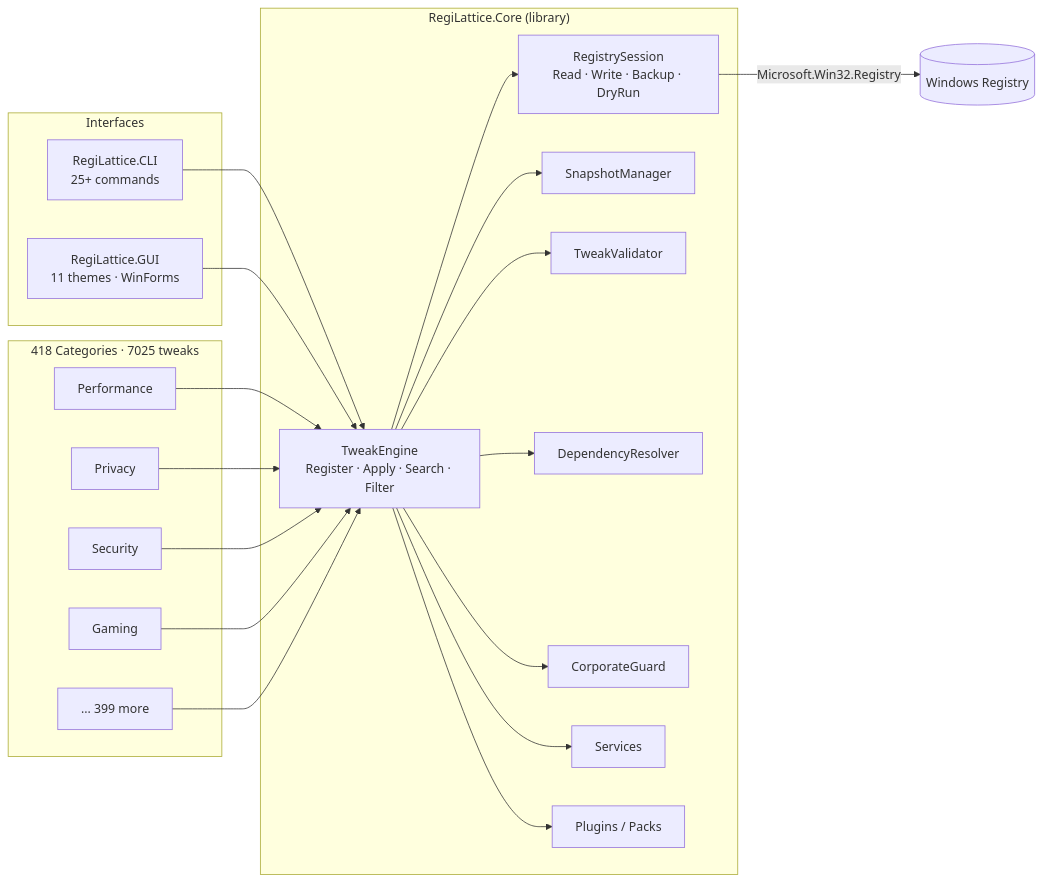
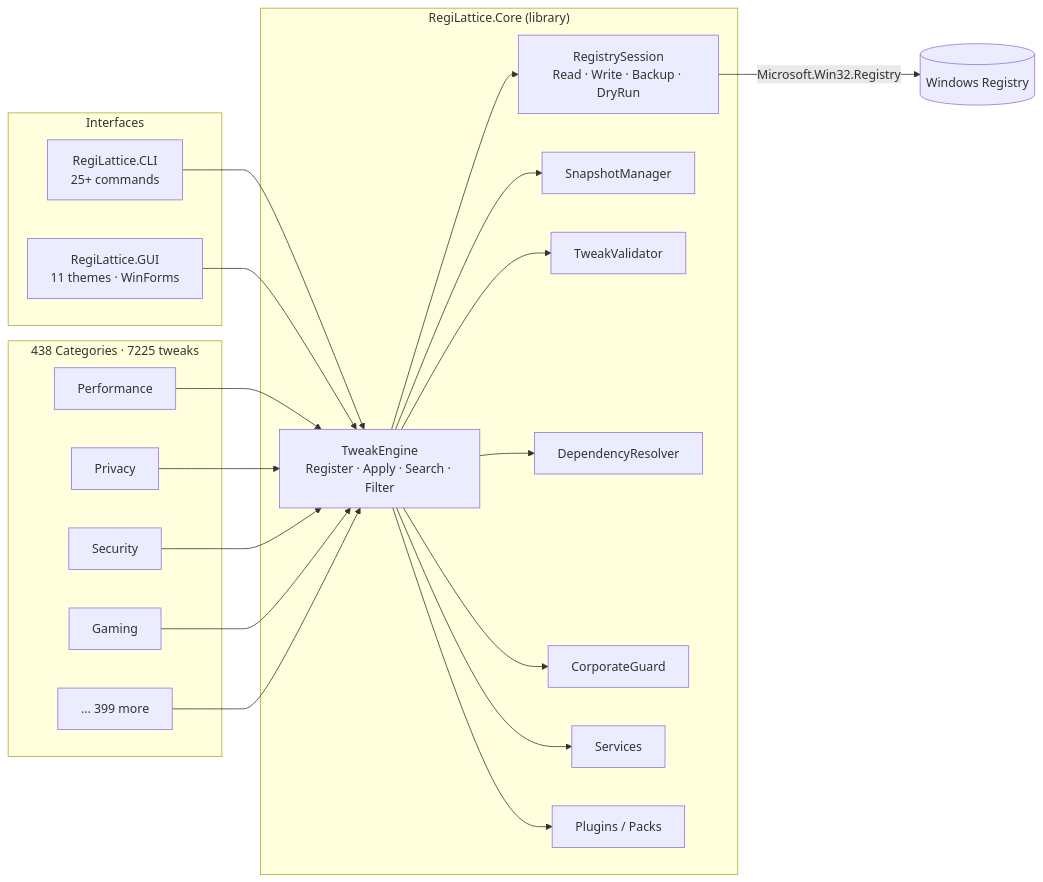
One commit to RajwanYair/RegiLattice changed the first of 2 diagrams in README.md. Above: the diagram before and after it, drawn with Mermaid. The commit also changed other lines of this file and 12 other files, not shown here.

````diff
--- a/README.md
+++ b/README.md
@@ -86,38 +86,38 @@
 ```mermaid
 graph LR
     subgraph Interfaces
         CLI[RegiLattice.CLI<br/>25+ commands]
         GUI[RegiLattice.GUI<br/>11 themes · WinForms]
     end
 
     subgraph Core["RegiLattice.Core (library)"]
         TE[TweakEngine<br/>Register · Apply · Search · Filter]
         RS[RegistrySession<br/>Read · Write · Backup · DryRun]
         SM[SnapshotManager]
         TV[TweakValidator]
         DR[DependencyResolver]
         CG[CorporateGuard]
         SV[Services]
         PM[Plugins / Packs]
     end
 
-    subgraph Tweaks["418 Categories · 7025 tweaks"]
+    subgraph Tweaks["438 Categories · 7225 tweaks"]
         T1[Performance]
         T2[Privacy]
         T3[Security]
         T4[Gaming]
         TN[... 399 more]
     end
 
     CLI --> TE
     GUI --> TE
     TE --> RS
     TE --> SM
     TE --> TV
     TE --> DR
     TE --> CG
     TE --> SV
     TE --> PM
     T1 & T2 & T3 & T4 & TN --> TE
     RS -->|Microsoft.Win32.Registry| WR[(Windows Registry)]
 ```
````
